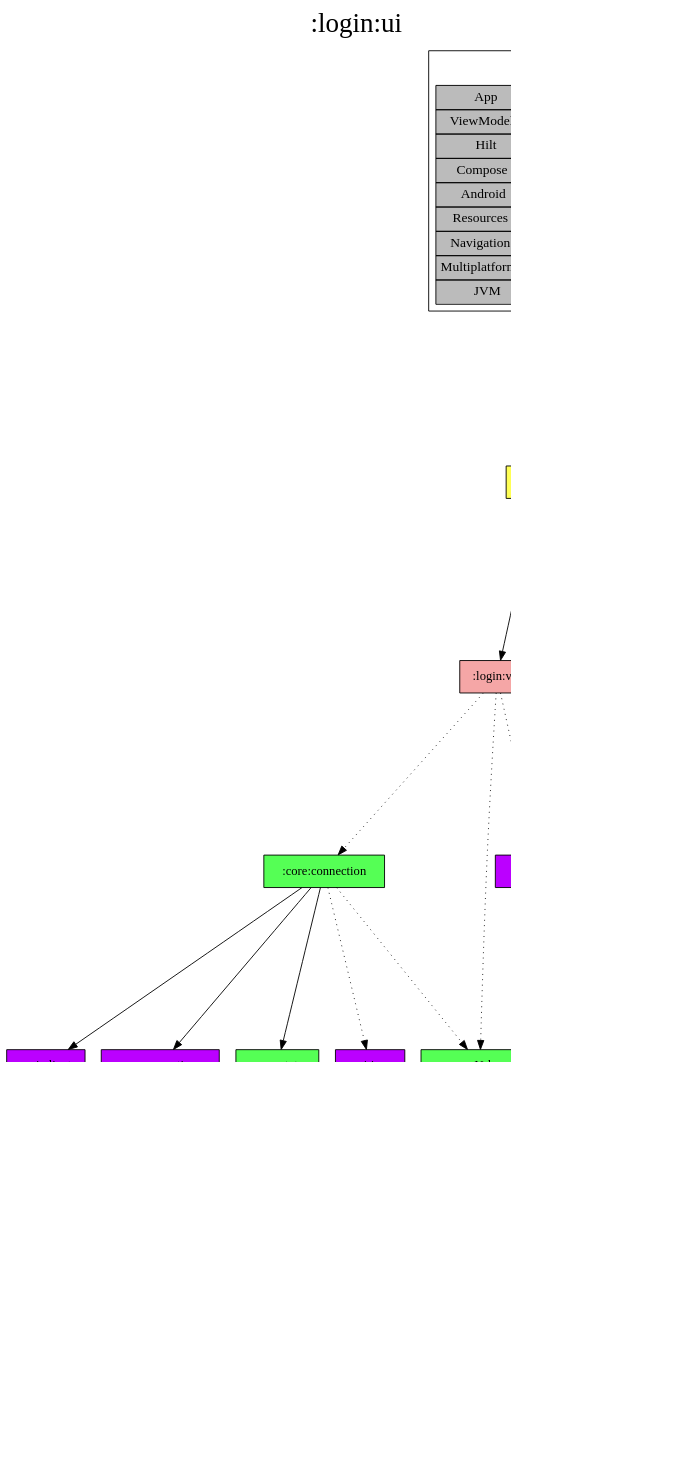
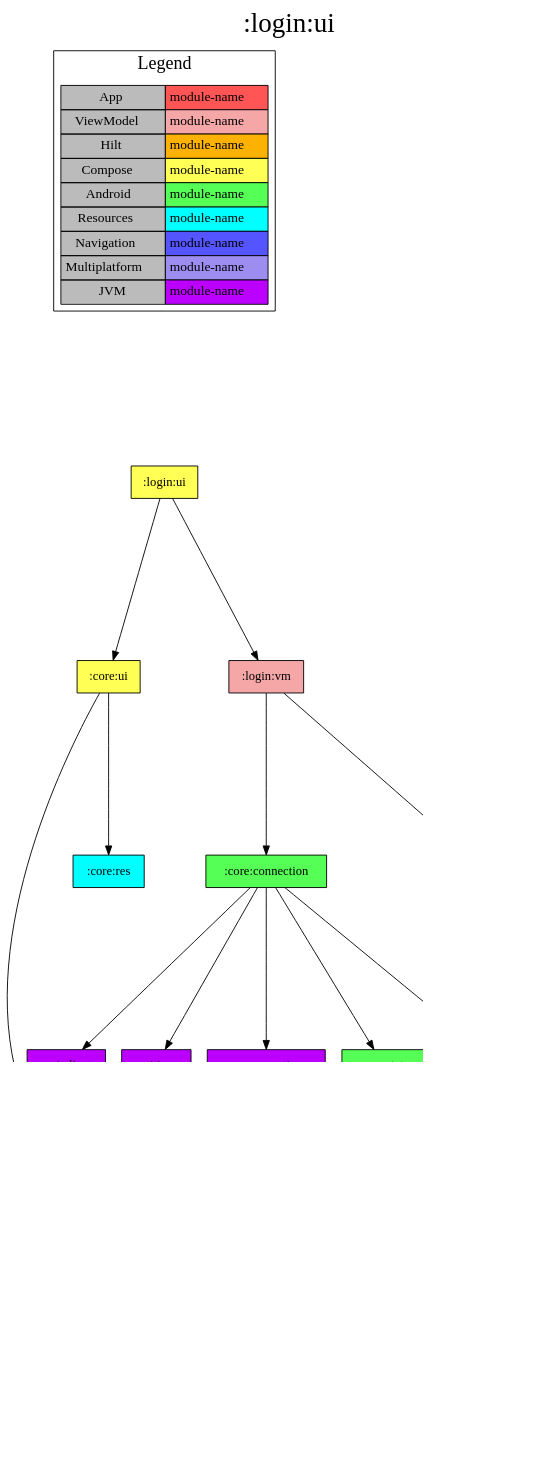
The diagram in modules/login/ui/project-dependency-graph.dot (jonapoul/aktual), drawn with Graphviz before and after one commit. The commit also changed 21 other files, not shown here.

```diff
--- a/modules/login/ui/project-dependency-graph.dot
+++ b/modules/login/ui/project-dependency-graph.dot
@@ -1,56 +1,55 @@
 digraph {
 edge ["dir"="forward"]
 graph ["dpi"="100","label"=":login:ui","labelloc"="t","fontsize"="30","ranksep"="2.5","rankdir"="TB"]
 node ["style"="filled"]
 ":login:ui" ["fillcolor"="#FFFF55","shape"="box"]
+":core:ui" ["fillcolor"="#FFFF55","shape"="box"]
+":core:model" ["fillcolor"="#BB00FF","shape"="box"]
+":core:res" ["fillcolor"="#00FFFF","shape"="box"]
 ":login:vm" ["fillcolor"="#F5A6A6","shape"="box"]
 ":core:connection" ["fillcolor"="#55FF55","shape"="box"]
 ":api:client" ["fillcolor"="#BB00FF","shape"="box"]
 ":api:model" ["fillcolor"="#BB00FF","shape"="box"]
-":core:model" ["fillcolor"="#BB00FF","shape"="box"]
+":api:json" ["fillcolor"="#BB00FF","shape"="box"]
 ":core:coroutines" ["fillcolor"="#BB00FF","shape"="box"]
 ":core:state" ["fillcolor"="#55FF55","shape"="box"]
-":api:json" ["fillcolor"="#BB00FF","shape"="box"]
 ":serverUrl:prefs" ["fillcolor"="#55FF55","shape"="box"]
 ":login:prefs" ["fillcolor"="#BB00FF","shape"="box"]
-":core:ui" ["fillcolor"="#FFFF55","shape"="box"]
-":core:res" ["fillcolor"="#00FFFF","shape"="box"]
 {
 edge ["dir"="none"]
 graph ["rank"="same"]
 }
+":login:ui" -> ":core:ui"
 ":login:ui" -> ":login:vm"
-":login:ui" -> ":core:ui" ["style"="dotted"]
-":login:vm" -> ":core:connection" ["style"="dotted"]
-":login:vm" -> ":login:prefs" ["style"="dotted"]
-":login:vm" -> ":serverUrl:prefs" ["style"="dotted"]
+":core:ui" -> ":core:model"
+":core:ui" -> ":core:res"
+":login:vm" -> ":core:connection"
+":login:vm" -> ":login:prefs"
 ":core:connection" -> ":api:client"
+":core:connection" -> ":api:json"
 ":core:connection" -> ":core:coroutines"
 ":core:connection" -> ":core:state"
-":core:connection" -> ":api:json" ["style"="dotted"]
-":core:connection" -> ":serverUrl:prefs" ["style"="dotted"]
+":core:connection" -> ":serverUrl:prefs"
 ":api:client" -> ":api:model"
 ":api:model" -> ":core:model"
 ":core:state" -> ":core:model"
 ":serverUrl:prefs" -> ":core:model"
 ":login:prefs" -> ":core:model"
-":core:ui" -> ":core:model"
-":core:ui" -> ":core:res"
 subgraph "cluster_legend" {
 edge ["dir"="none"]
 graph ["label"="Legend","fontsize"="20"]
 "Legend" ["style"="filled","fillcolor"="#bbbbbb","shape"="none","margin"="0","fontsize"="15","label"=<
 <TABLE BORDER="0" CELLBORDER="1" CELLSPACING="0" CELLPADDING="4">
 <TR><TD>App</TD><TD BGCOLOR="#FF5555">module-name</TD></TR>
 <TR><TD>ViewModel</TD><TD BGCOLOR="#F5A6A6">module-name</TD></TR>
 <TR><TD>Hilt</TD><TD BGCOLOR="#FCB103">module-name</TD></TR>
 <TR><TD>Compose</TD><TD BGCOLOR="#FFFF55">module-name</TD></TR>
 <TR><TD>Android</TD><TD BGCOLOR="#55FF55">module-name</TD></TR>
 <TR><TD>Resources</TD><TD BGCOLOR="#00FFFF">module-name</TD></TR>
 <TR><TD>Navigation</TD><TD BGCOLOR="#5555FF">module-name</TD></TR>
 <TR><TD>Multiplatform</TD><TD BGCOLOR="#9D8DF1">module-name</TD></TR>
 <TR><TD>JVM</TD><TD BGCOLOR="#BB00FF">module-name</TD></TR>
 </TABLE>
 >]
 } -> ":login:ui" ["style"="invis"]
 }
```
